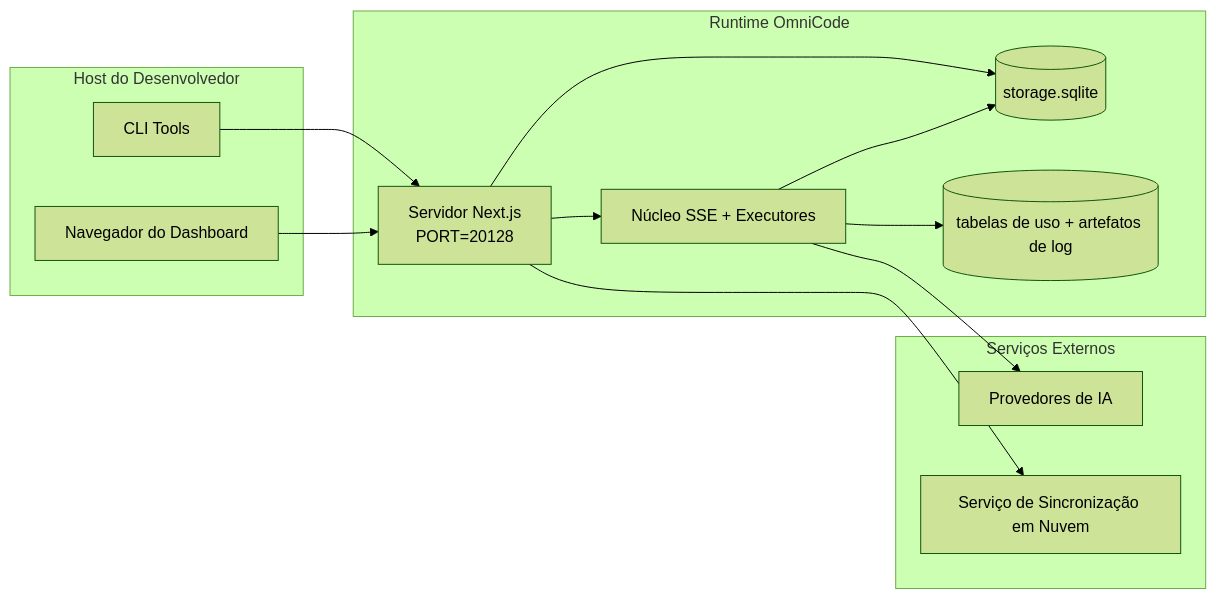
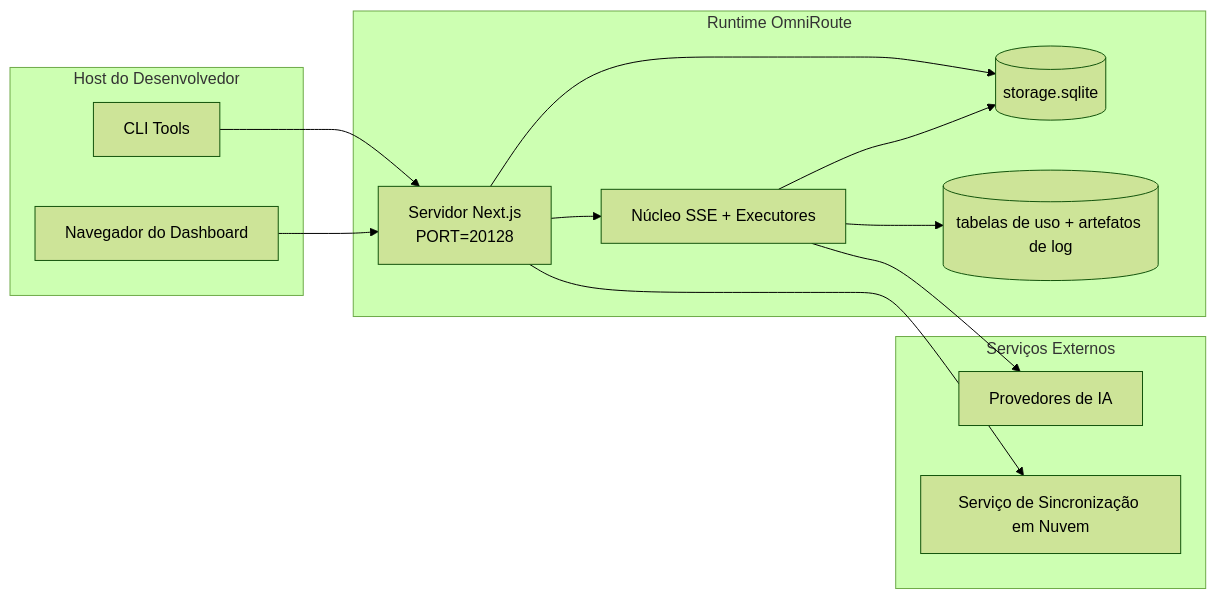
One commit to vzwjustin/OmniCode changed the seventh of 7 diagrams in docs/i18n/pt-BR/docs/architecture/ARCHITECTURE.md. Above: the diagram before and after it, drawn with Mermaid (forest theme). The commit also changed other lines of this file and 167 other files, not shown here.

````diff
--- a/docs/i18n/pt-BR/docs/architecture/ARCHITECTURE.md
+++ b/docs/i18n/pt-BR/docs/architecture/ARCHITECTURE.md
@@ -791,28 +791,28 @@
 ```mermaid
 flowchart LR
     subgraph LocalHost[Host do Desenvolvedor]
         CLI[CLI Tools]
         Browser[Navegador do Dashboard]
     end
 
-    subgraph ContainerOrProcess[Runtime OmniCode]
+    subgraph ContainerOrProcess[Runtime OmniRoute]
         Next[Servidor Next.js\nPORT=20128]
         Core[Núcleo SSE + Executores]
         MainDB[(storage.sqlite)]
         UsageDB[(tabelas de uso + artefatos de log)]
     end
 
     subgraph External[Serviços Externos]
         Providers[Provedores de IA]
         SyncCloud[Serviço de Sincronização em Nuvem]
     end
 
     CLI --> Next
     Browser --> Next
     Next --> Core
     Next --> MainDB
     Core --> MainDB
     Core --> UsageDB
     Core --> Providers
     Next --> SyncCloud
 ```
````
